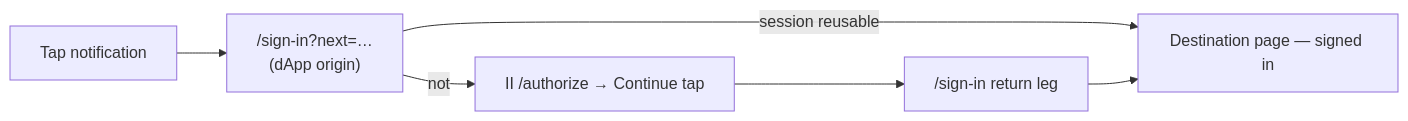
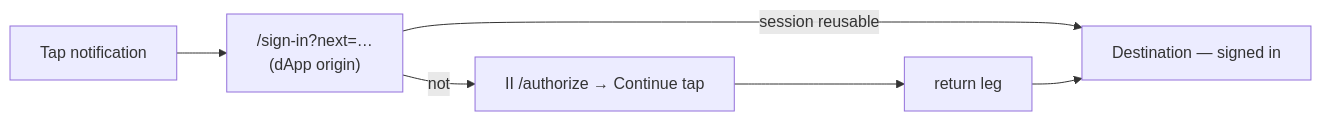
The fourth of 6 diagrams in docs/push-notifications.md (dfinity/internet-identity), drawn with Mermaid before and after one commit. The commit also changed other lines of this file, not shown here.

````diff
--- a/docs/push-notifications.md
+++ b/docs/push-notifications.md
@@ -601,7 +500,7 @@
 ```mermaid
 flowchart LR
     N[Tap notification] --> S["/sign-in?next=…<br/>(dApp origin)"]
-    S -->|session reusable| P[Destination page — signed in]
+    S -->|session reusable| P[Destination — signed in]
     S -->|not| A[II /authorize → Continue tap]
-    A --> S2["/sign-in return leg"] --> P
+    A --> S2[return leg] --> P
 ```
````
